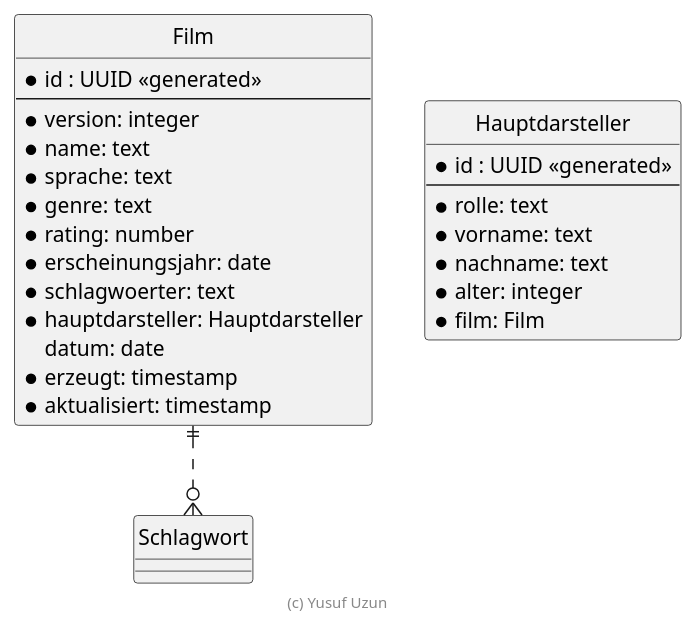
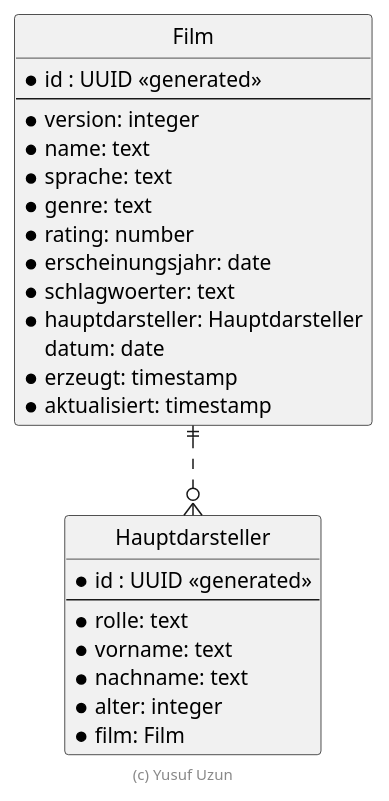
The diagram in .extras/doc/entwicklerhandbuch/ER-Diagramm.plantuml (Yuszi/Film), drawn with PlantUML before and after one commit.

Commit message:
ER-Diagramm connection between both

```diff
--- a/.extras/doc/entwicklerhandbuch/ER-Diagramm.plantuml
+++ b/.extras/doc/entwicklerhandbuch/ER-Diagramm.plantuml
@@ -18,38 +18,38 @@
 @startuml ER Diagramm
 
 ' hide the spot
 hide circle
 
 ' evtl. Prbleme mit Kraehenfuessen vermeiden
 skinparam linetype ortho
 
 entity "Film" {
   *id : UUID <<generated>>
   --
   *version: integer
   *name: text
   *sprache: text
   *genre: text
   *rating: number
   *erscheinungsjahr: date
   *schlagwoerter: text
   *hauptdarsteller: Hauptdarsteller
   datum: date
   *erzeugt: timestamp
   *aktualisiert: timestamp
 }
 
 entity "Hauptdarsteller" {
   *id : UUID <<generated>>
   --
   *rolle: text
   *vorname: text
   *nachname: text
   *alter: integer
   *film: Film
 }
 
-Film ||..o{ Schlagwort
+Film ||..o{ Hauptdarsteller
 
 footer (c) Yusuf Uzun
 @enduml
```
